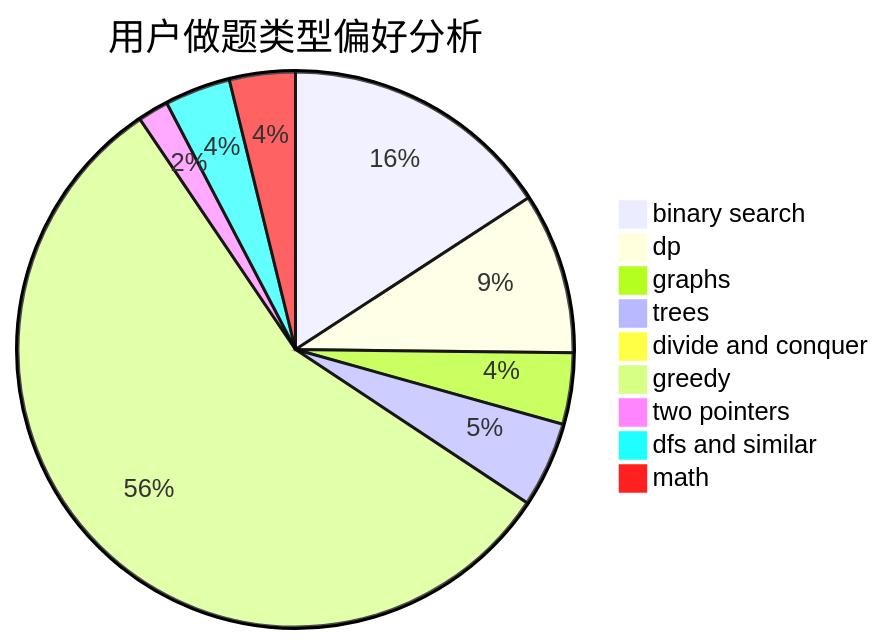
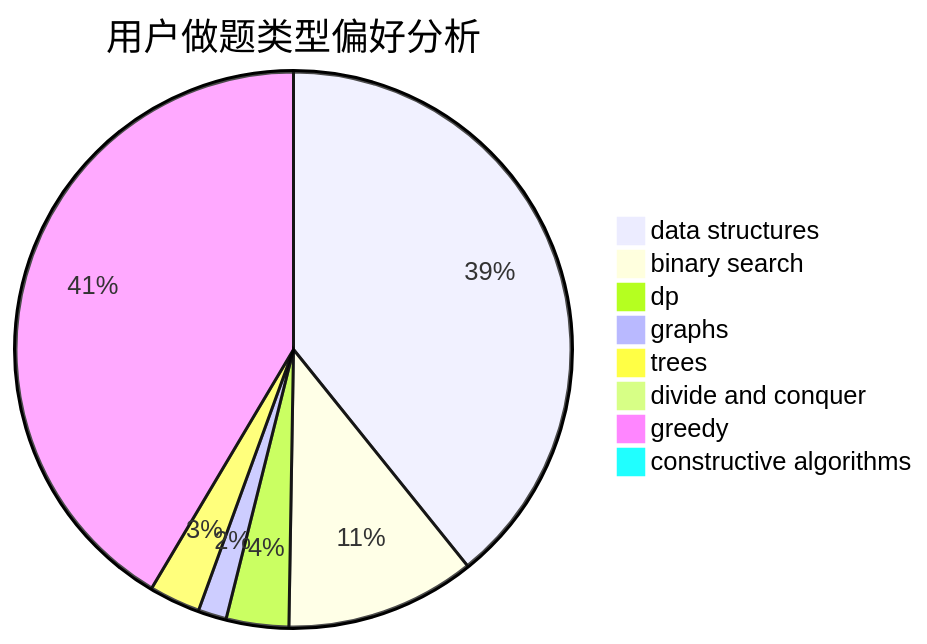
One commit to sherpahu/cfrs.github.io changed the second of 3 diagrams in docs/user/u1130.md. Above: the diagram before and after it, drawn with Mermaid. The commit also changed other lines of this file and 2775 other files, not shown here.

````diff
--- a/docs/user/u1130.md
+++ b/docs/user/u1130.md
@@ -23,12 +23,11 @@
 ```mermaid
 pie title 用户做题类型偏好分析
-    "binary search" :  194
-    "dp" :  115
-    "graphs" :  51
-    "trees" :  61
+    "data structures" :  593
+    "binary search" :  167
+    "dp" :  55
+    "graphs" :  25
+    "trees" :  45
     "divide and conquer" :  0
-    "greedy" :  690
-    "two pointers" :  22
-    "dfs and similar" :  47
-    "math" :  47
+    "greedy" :  627
+    "constructive algorithms" :  9
 ```
````
